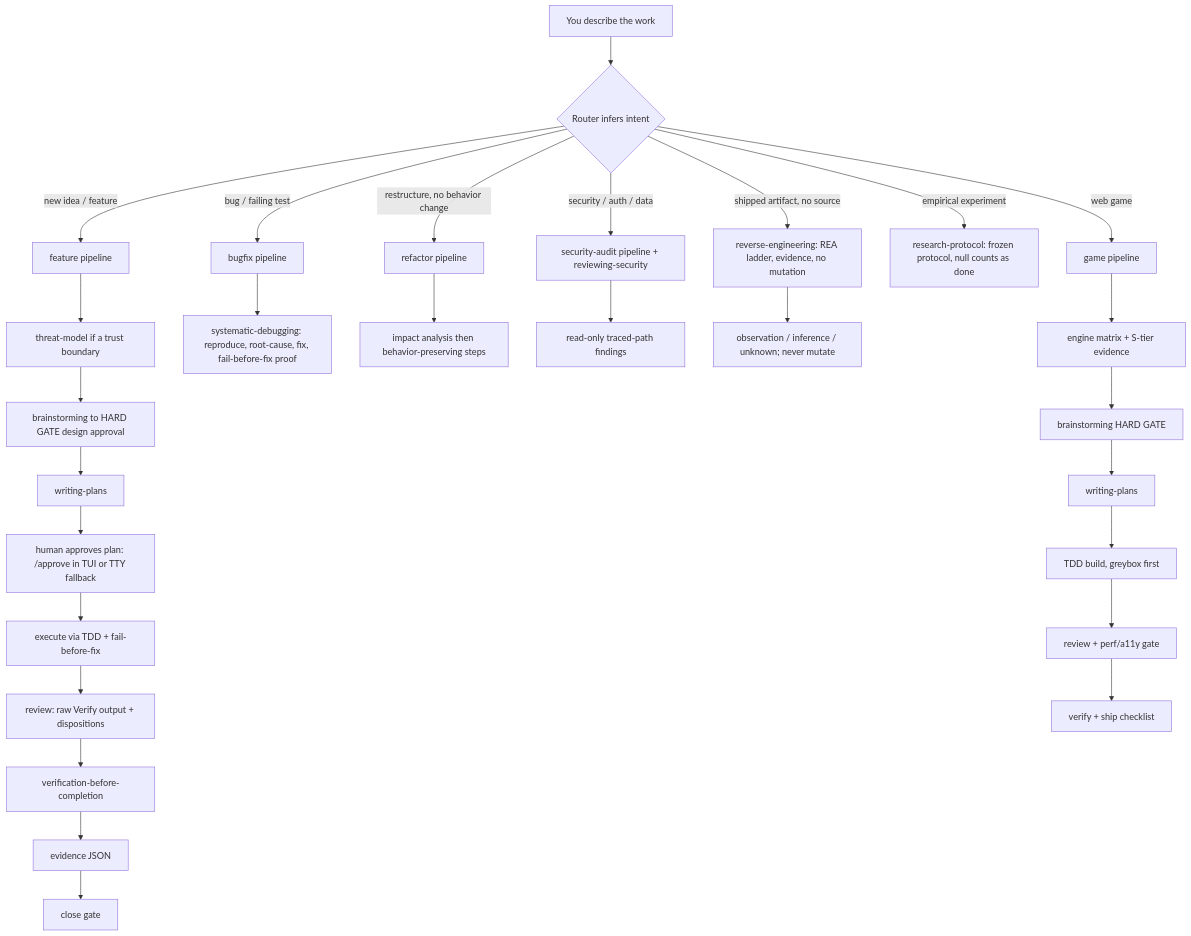
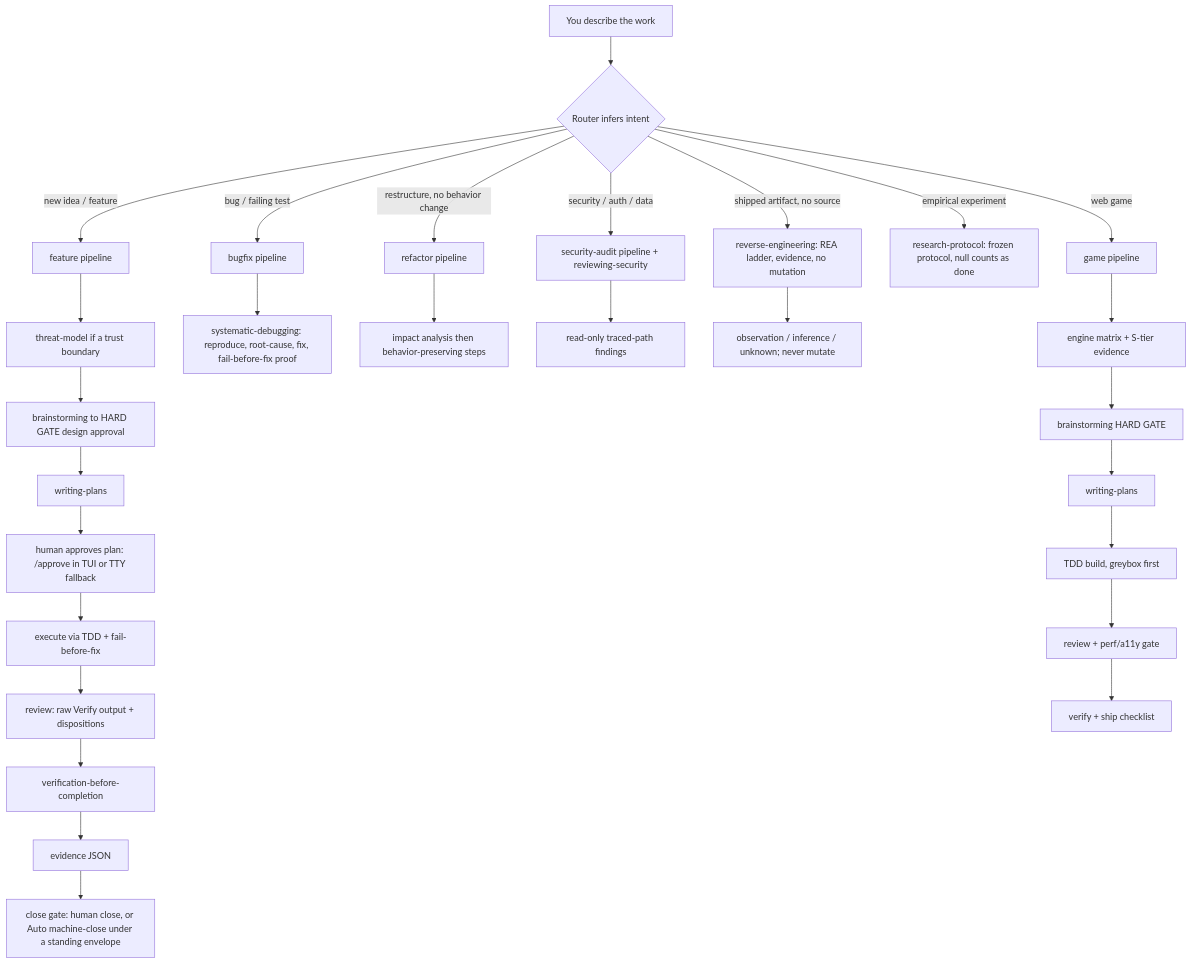
Before and after one commit to garikipatisai-code/sdlc-lean: the diagram in README.md, drawn with Mermaid. The commit also changed other lines of this file and 8 other files, not shown here.

Commit message:
docs: sync pilot docs with built auto-tier (status accepted, machine-close form, threat corrections)

````diff
--- a/README.md
+++ b/README.md
@@ -10,17 +10,17 @@
 ```mermaid
 flowchart TD
     U[You describe the work] --> R{Router infers intent}
     R -->|new idea / feature| F[feature pipeline]
     R -->|bug / failing test| B[bugfix pipeline]
     R -->|restructure, no behavior change| RF[refactor pipeline]
     R -->|security / auth / data| S[security-audit pipeline + reviewing-security]
     R -->|shipped artifact, no source| RE[reverse-engineering: REA ladder, evidence, no mutation]
     R -->|empirical experiment| RS[research-protocol: frozen protocol, null counts as done]
     R -->|web game| G[game pipeline]
-    F --> TH[threat-model if a trust boundary] --> FB[brainstorming to HARD GATE design approval] --> FP[writing-plans] --> HA["human approves plan: /approve in TUI or TTY fallback"] --> FI[execute via TDD + fail-before-fix] --> FR[review: raw Verify output + dispositions] --> FV[verification-before-completion] --> FE[evidence JSON] --> FC[close gate]
+    F --> TH[threat-model if a trust boundary] --> FB[brainstorming to HARD GATE design approval] --> FP[writing-plans] --> HA["human approves plan: /approve in TUI or TTY fallback"] --> FI[execute via TDD + fail-before-fix] --> FR[review: raw Verify output + dispositions] --> FV[verification-before-completion] --> FE[evidence JSON] --> FC[close gate: human close, or Auto machine-close under a standing envelope]
     B --> BR[systematic-debugging: reproduce, root-cause, fix, fail-before-fix proof]
     RF --> RI[impact analysis then behavior-preserving steps]
     S --> SR[read-only traced-path findings]
     RE --> RR[observation / inference / unknown; never mutate]
     G --> GB[engine matrix + S-tier evidence] --> GD[brainstorming HARD GATE] --> GP[writing-plans] --> GI[TDD build, greybox first] --> GR[review + perf/a11y gate] --> GV[verify + ship checklist]
 ```
````
